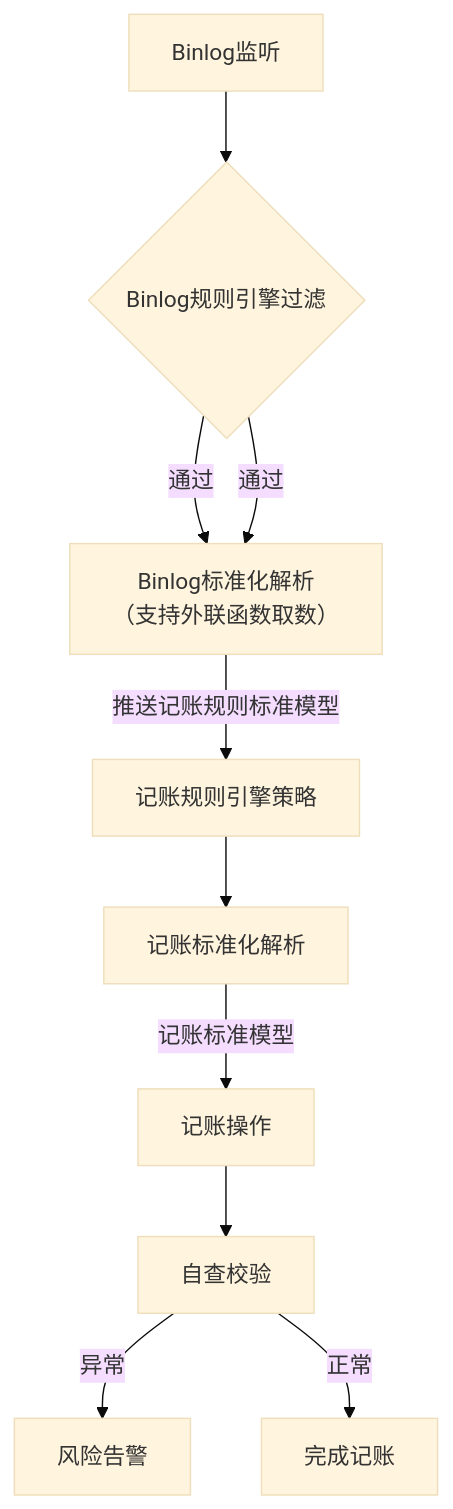
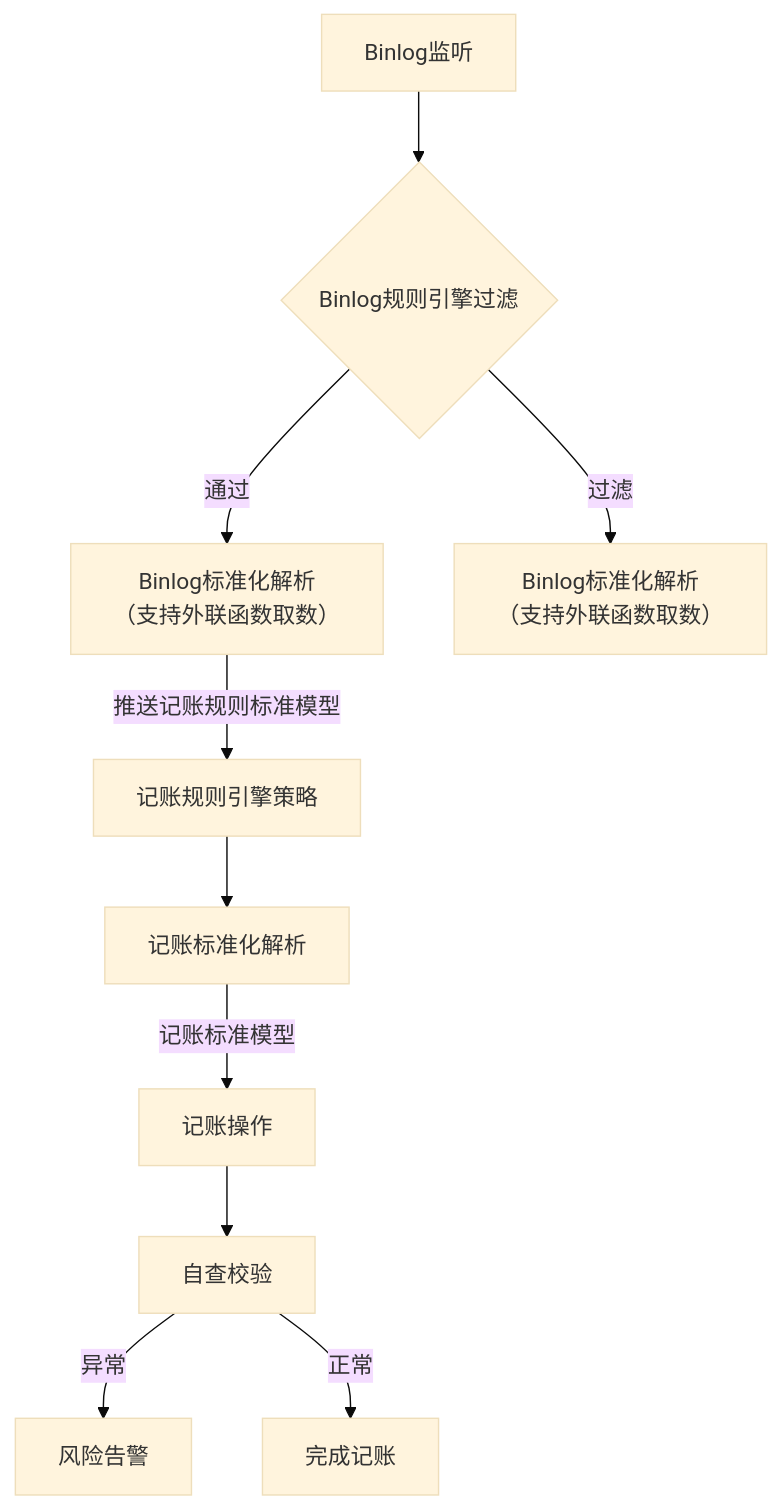
Before and after one commit to 87828943/iodraw-files: the diagram in all/记账架构流程图.md, drawn with Mermaid (base theme).

Commit message:
2025-07-07 14:53:15 update

````diff
--- a/all/记账架构流程图.md
+++ b/all/记账架构流程图.md
@@ -1,14 +1,14 @@
 ```mermaid
 graph TD
     A[Binlog监听] --> B{Binlog规则引擎过滤}
     B -->|通过| C[Binlog标准化解析
     （支持外联函数取数）]
-    B -->|通过| C[Binlog标准化解析
+    B -->|过滤| K[Binlog标准化解析
     （支持外联函数取数）]
     C --> |推送记账规则标准模型|D[记账规则引擎策略]
     D --> E[记账标准化解析]
     E --> |记账标准模型|F[记账操作]
     F --> G[自查校验]
     G -->|异常| H[风险告警]
     G -->|正常| I[完成记账]
 ```
````
